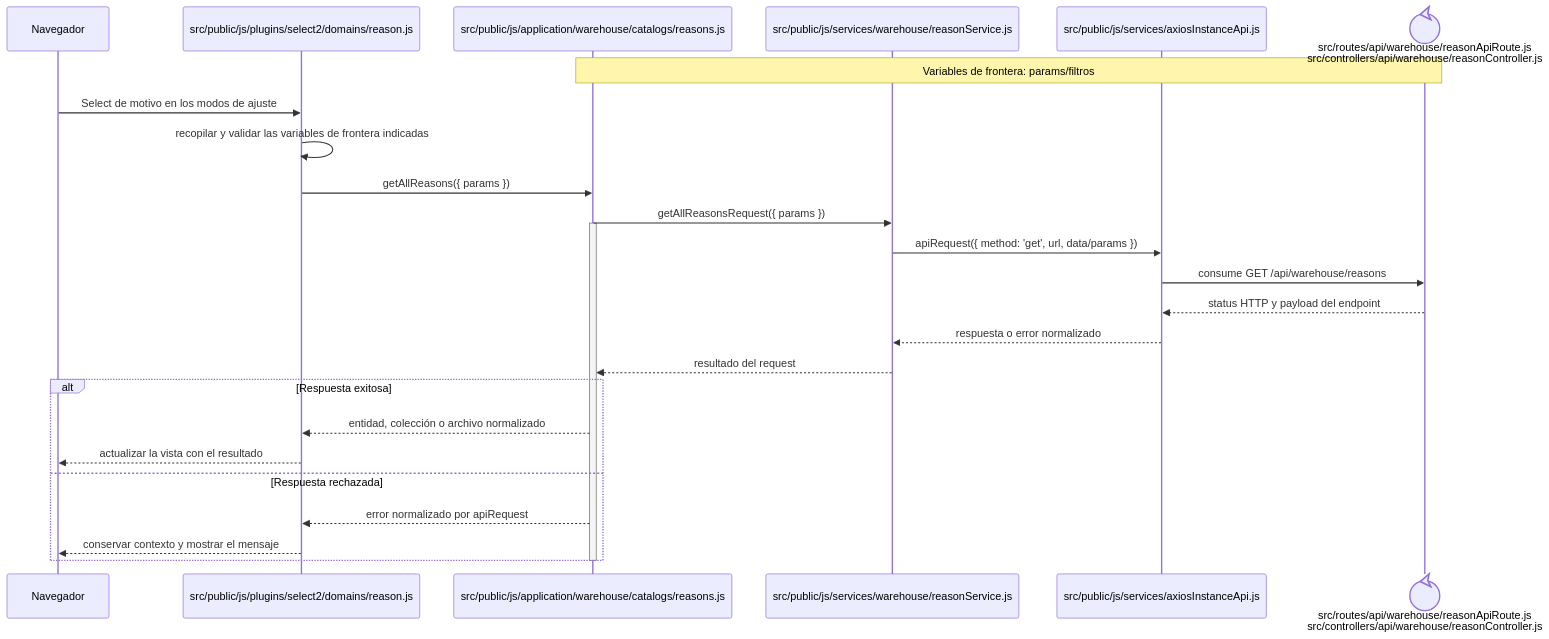
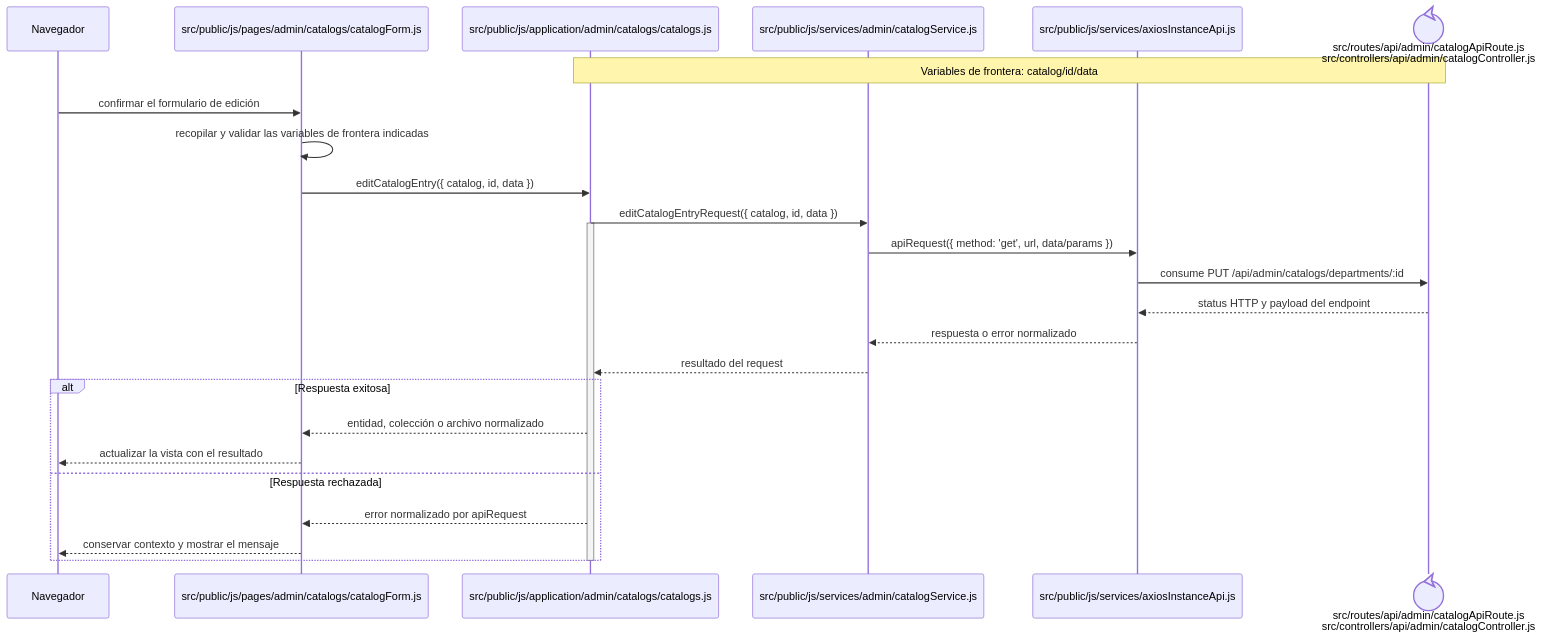
One commit to gpgsistemas01/nexus changed the diagram in docs/architecture/frontend-code-sequences/catalogs/cu-cat-29.md. Above: the diagram before and after it, drawn with Mermaid. The commit also changed other lines of this file and 126 other files, not shown here.

````diff
--- a/docs/architecture/frontend-code-sequences/catalogs/cu-cat-29.md
+++ b/docs/architecture/frontend-code-sequences/catalogs/cu-cat-29.md
@@ -6,29 +6,29 @@
 ```mermaid
 sequenceDiagram
     participant Browser as Navegador
-    participant View as src/public/js/plugins/select2/domains/reason.js
-    participant Application as src/public/js/application/warehouse/catalogs/reasons.js
-    participant Request as src/public/js/services/warehouse/reasonService.js
+    participant View as src/public/js/pages/admin/catalogs/catalogForm.js
+    participant Application as src/public/js/application/admin/catalogs/catalogs.js
+    participant Request as src/public/js/services/admin/catalogService.js
     participant HTTP as src/public/js/services/axiosInstanceApi.js
-    participant Transport@{ "type": "control" } as src/routes/api/warehouse/reasonApiRoute.js<br/>src/controllers/api/warehouse/reasonController.js
-    Note over Application,Transport: Variables de frontera: params/filtros
+    participant Transport@{ "type": "control" } as src/routes/api/admin/catalogApiRoute.js<br/>src/controllers/api/admin/catalogController.js
+    Note over Application,Transport: Variables de frontera: catalog/id/data
 
-    Browser->>View: Select de motivo en los modos de ajuste
+    Browser->>View: confirmar el formulario de edición
     View->>View: recopilar y validar las variables de frontera indicadas
-    View->>Application: getAllReasons({ params })
-    Application->>Request: getAllReasonsRequest({ params })
+    View->>Application: editCatalogEntry({ catalog, id, data })
+    Application->>Request: editCatalogEntryRequest({ catalog, id, data })
     activate Application
     Request->>HTTP: apiRequest({ method: 'get', url, data/params })
-    HTTP->>Transport: consume GET /api/warehouse/reasons
+    HTTP->>Transport: consume PUT /api/admin/catalogs/departments/:id
     Transport-->>HTTP: status HTTP y payload del endpoint
     HTTP-->>Request: respuesta o error normalizado
     Request-->>Application: resultado del request
     alt Respuesta exitosa
         Application-->>View: entidad, colección o archivo normalizado
         View-->>Browser: actualizar la vista con el resultado
     else Respuesta rechazada
         Application-->>View: error normalizado por apiRequest
         View-->>Browser: conservar contexto y mostrar el mensaje
     end
     deactivate Application
 ```
````
